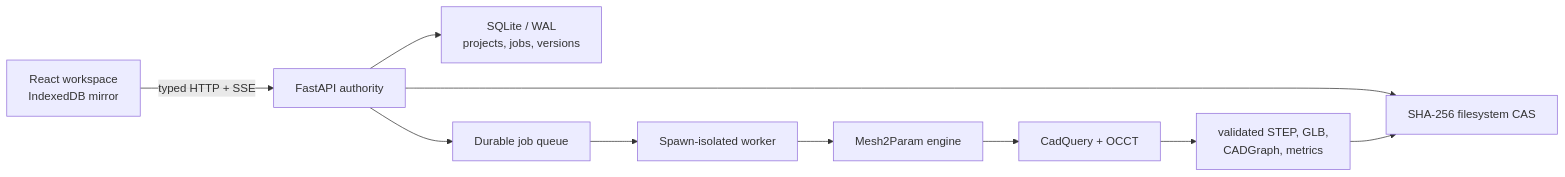
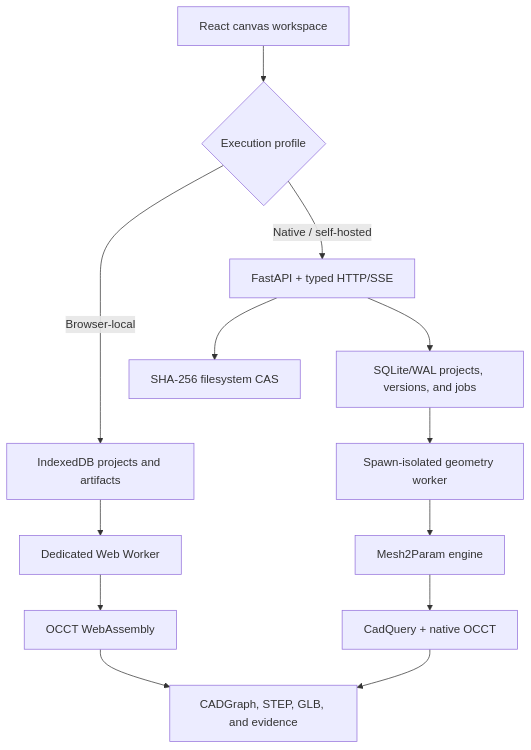
One commit to esaueng/Mesh2Param changed the diagram in README.md. Above: the diagram before and after it, drawn with Mermaid. The commit also changed other lines of this file, not shown here.

````diff
--- a/README.md
+++ b/README.md
@@ -43,12 +73,15 @@
 ```mermaid
-flowchart LR
-  UI["React workspace<br/>IndexedDB mirror"] -->|"typed HTTP + SSE"| API["FastAPI authority"]
-  API --> DB["SQLite / WAL<br/>projects, jobs, versions"]
+flowchart TD
+  UI["React canvas workspace"] --> MODE{"Execution profile"}
+  MODE -->|"Browser-local"| IDB["IndexedDB projects and artifacts"]
+  IDB --> BW["Dedicated Web Worker"]
+  BW --> WASM["OCCT WebAssembly"]
+  MODE -->|"Native / self-hosted"| API["FastAPI + typed HTTP/SSE"]
+  API --> DB["SQLite/WAL projects, versions, and jobs"]
   API --> CAS["SHA-256 filesystem CAS"]
-  API --> Q["Durable job queue"]
-  Q --> W["Spawn-isolated worker"]
-  W --> ENG["Mesh2Param engine"]
-  ENG --> CQ["CadQuery + OCCT"]
-  CQ --> ART["validated STEP, GLB,<br/>CADGraph, metrics"]
-  ART --> CAS
+  DB --> GW["Spawn-isolated geometry worker"]
+  GW --> ENG["Mesh2Param engine"]
+  ENG --> OCCT["CadQuery + native OCCT"]
+  WASM --> OUT["CADGraph, STEP, GLB, and evidence"]
+  OCCT --> OUT
 ```
````
